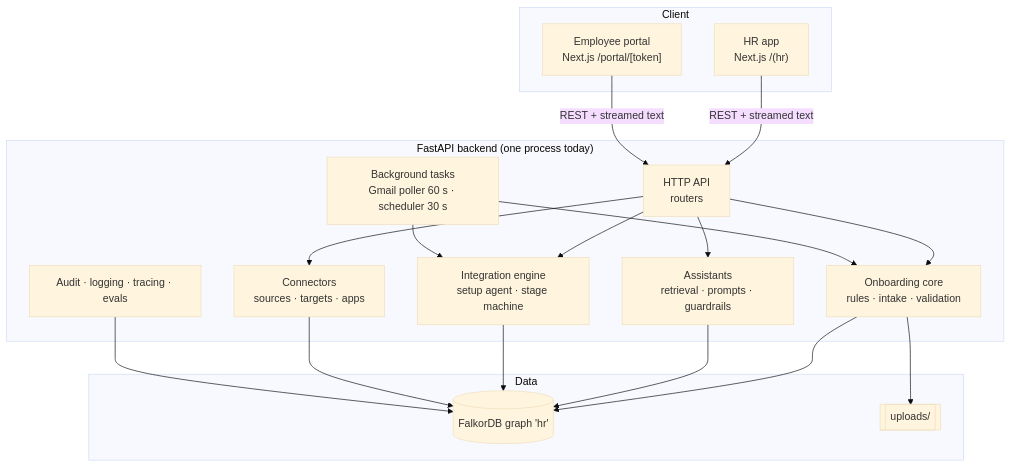
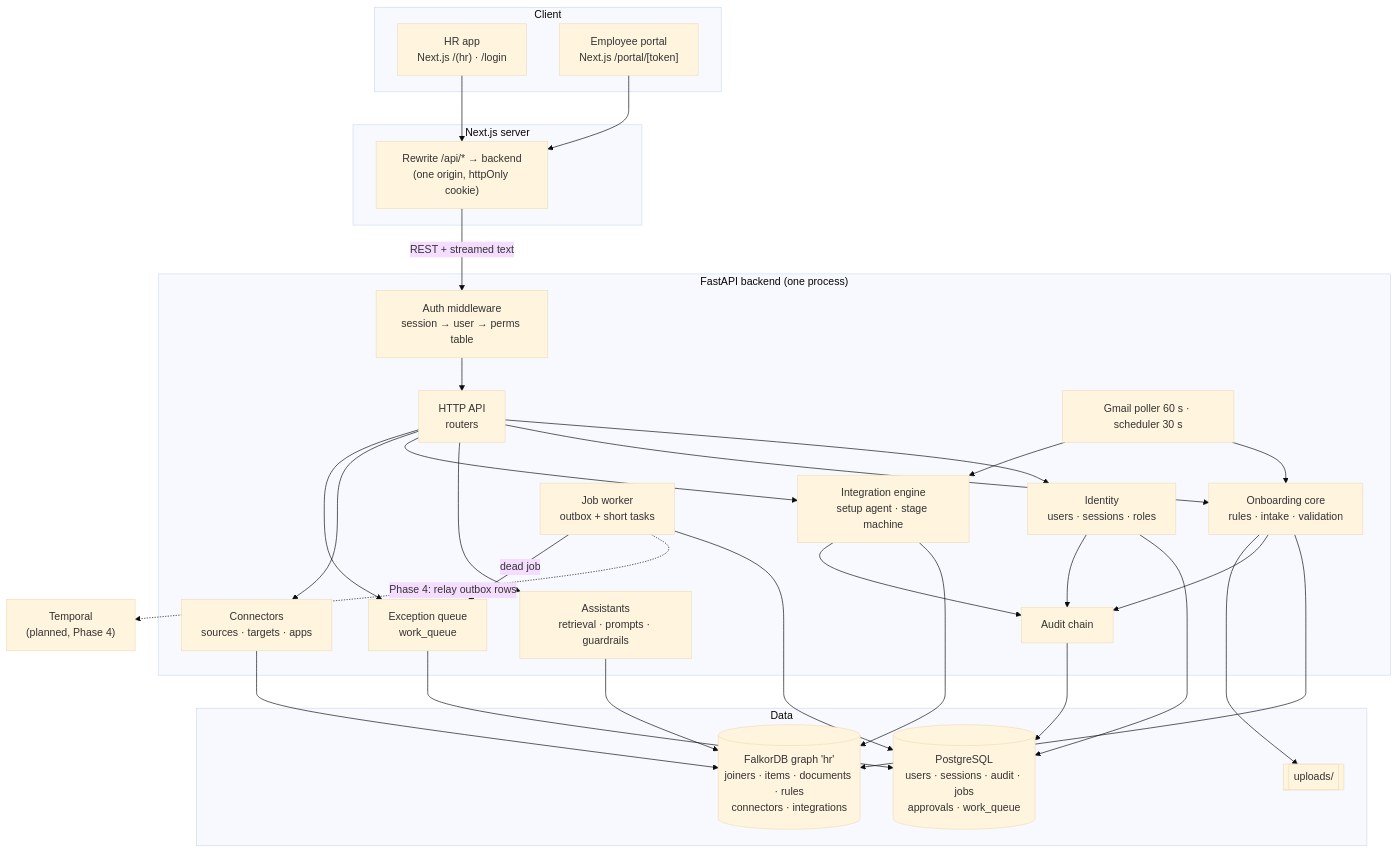
One commit to Prateek1771/azentio-hr changed the second of 2 diagrams in docs/hld.md. Above: the diagram before and after it, drawn with Mermaid (base theme). The commit also changed other lines of this file and 5 other files, not shown here.

First line of the commit message:
docs: bring HLD, LLD and architecture docs up to date with Phase 0

````diff
--- a/docs/hld.md
+++ b/docs/hld.md
@@ -52,25 +68,40 @@
 ```mermaid
 flowchart TB
     subgraph Client
-        HRUI["HR app<br/>Next.js /(hr)"]
+        HRUI["HR app<br/>Next.js /(hr) · /login"]
         PORTAL["Employee portal<br/>Next.js /portal/[token]"]
     end
-    subgraph Backend["FastAPI backend (one process today)"]
+    subgraph Next["Next.js server"]
+        RW["Rewrite /api/* → backend<br/>(one origin, httpOnly cookie)"]
+    end
+    subgraph Backend["FastAPI backend (one process)"]
+        AUTH["Auth middleware<br/>session → user → perms table"]
         API["HTTP API<br/>routers"]
+        IDN["Identity<br/>users · sessions · roles"]
         ONB["Onboarding core<br/>rules · intake · validation"]
         AST["Assistants<br/>retrieval · prompts · guardrails"]
         INT["Integration engine<br/>setup agent · stage machine"]
         CON["Connectors<br/>sources · targets · apps"]
-        BG["Background tasks<br/>Gmail poller 60 s · scheduler 30 s"]
-        OBS["Audit · logging · tracing · evals"]
+        AUD["Audit chain"]
+        JOBS["Job worker<br/>outbox + short tasks"]
+        BG["Gmail poller 60 s · scheduler 30 s"]
+        WQ["Exception queue<br/>work_queue"]
     end
     subgraph Data
-        G[("FalkorDB graph 'hr'")]
+        PG[("PostgreSQL<br/>users · sessions · audit · jobs<br/>approvals · work_queue")]
+        G[("FalkorDB graph 'hr'<br/>joiners · items · documents · rules<br/>connectors · integrations")]
         F[["uploads/"]]
     end
-    HRUI & PORTAL -->|"REST + streamed text"| API
-    API --> ONB & AST & INT & CON
+    TP["Temporal<br/>(planned, Phase 4)"]
+    HRUI --> RW
+    PORTAL --> RW
+    RW -->|"REST + streamed text"| AUTH --> API
+    API --> IDN & ONB & AST & INT & CON & WQ
     BG --> ONB & INT
-    ONB & AST & INT & CON & OBS --> G
+    IDN & AUD & JOBS & WQ --> PG
+    ONB & AST & INT & CON --> G
+    ONB & INT & IDN --> AUD
+    JOBS -.->|"Phase 4: relay outbox rows"| TP
+    JOBS -->|"dead job"| WQ
     ONB --> F
 ```
````
